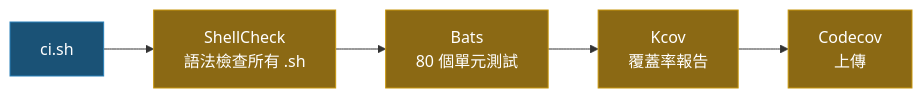
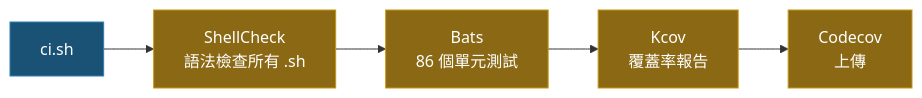
One commit to ycpss91255-docker/ros_noetic changed the second of 2 diagrams in README.zh-TW.md. Above: the diagram before and after it, drawn with Mermaid. The commit also changed other lines of this file and 1 other file, not shown here.

````diff
--- a/README.zh-TW.md
+++ b/README.zh-TW.md
@@ -243,10 +242,10 @@
 ```mermaid
 graph LR
     S["ci.sh"]:::entry --> SC["ShellCheck\n語法檢查所有 .sh"]:::step
-    SC --> BT["Bats\n80 個單元測試"]:::step
+    SC --> BT["Bats\n86 個單元測試"]:::step
     BT --> KC["Kcov\n覆蓋率報告"]:::step
     KC --> CC["Codecov\n上傳"]:::step
 
     classDef entry fill:#1a5276,color:#fff,stroke:#2980b9
     classDef step fill:#8B6914,color:#fff,stroke:#c8960c
 ```
````
